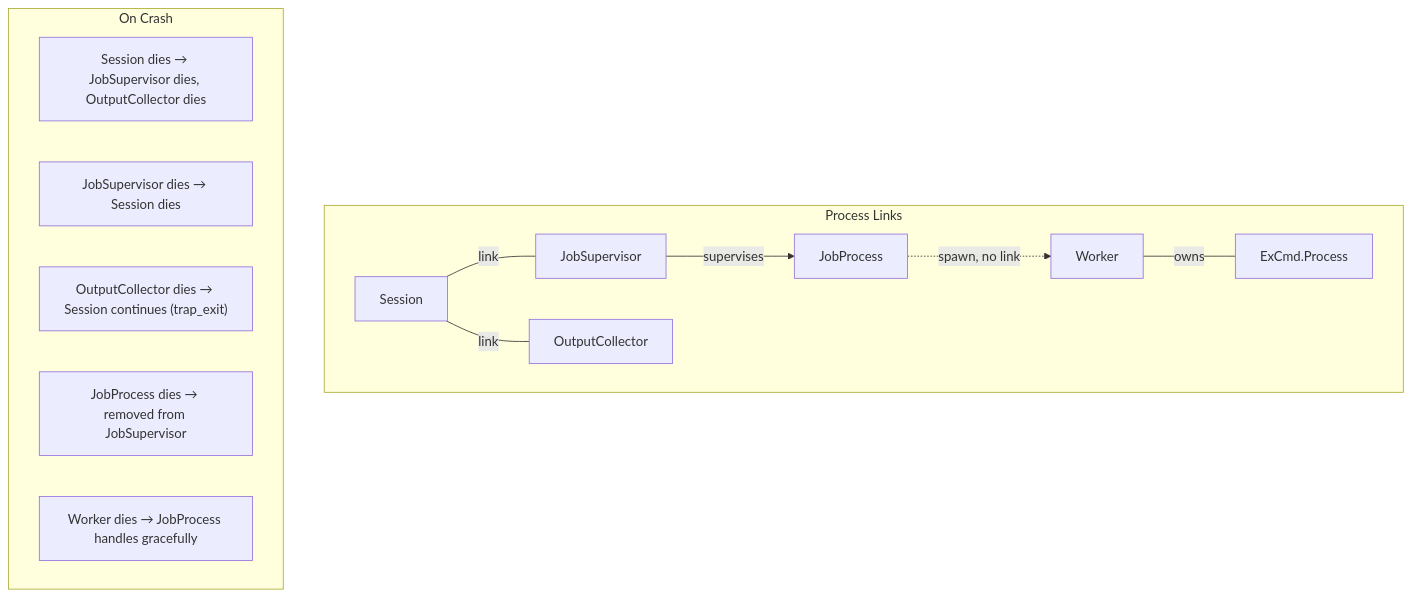
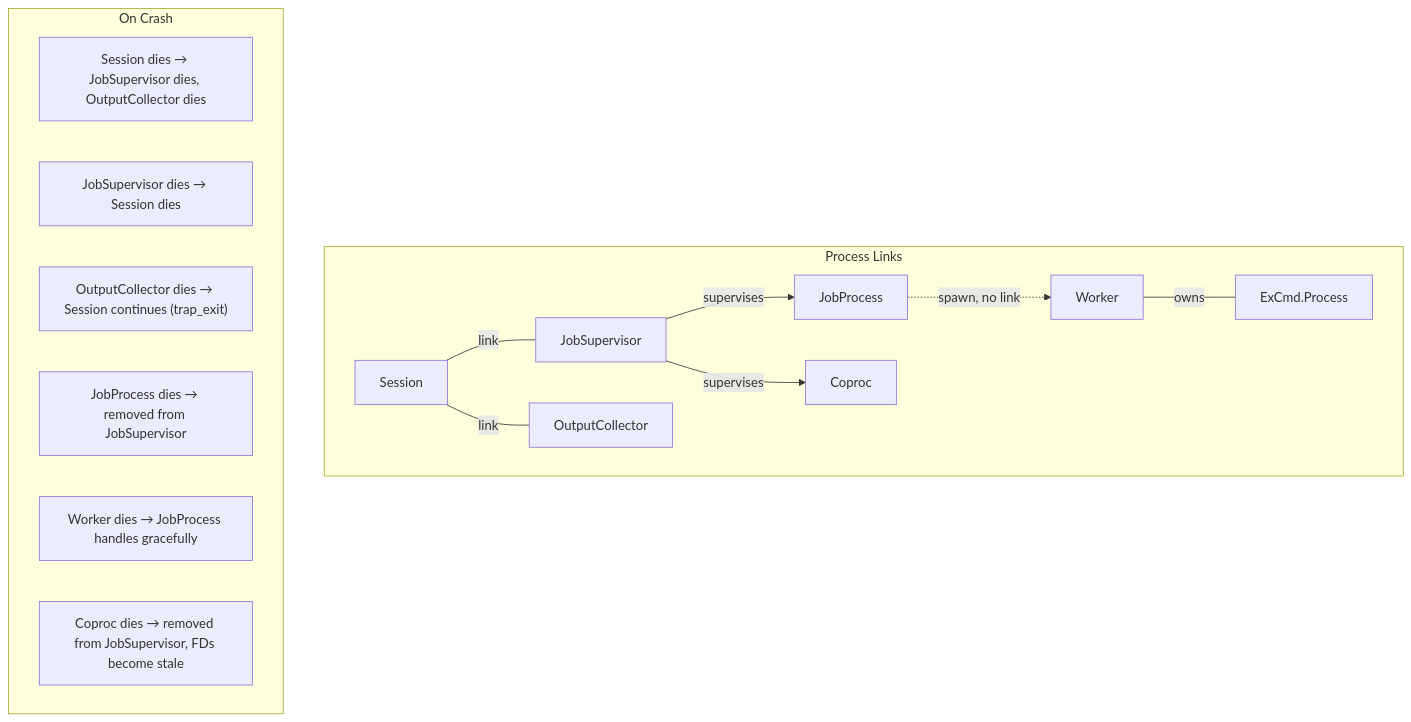
Before and after one commit to tv-labs/bash: diagram 12 of 12 in docs/ARCHITECTURE.md, drawn with Mermaid. The commit also changed other lines of this file and 18 other files, not shown here.

````diff
--- a/docs/ARCHITECTURE.md
+++ b/docs/ARCHITECTURE.md
@@ -344,25 +410,28 @@
 ```mermaid
 graph TB
     subgraph Links["Process Links"]
         S[Session]
         JS[JobSupervisor]
         OC[OutputCollector]
         JP[JobProcess]
+        CP[Coproc]
         W[Worker]
         EX[ExCmd.Process]
     end
 
     S ---|link| JS
     S ---|link| OC
     JS -->|supervises| JP
+    JS -->|supervises| CP
     JP -.->|spawn, no link| W
     W ---|owns| EX
 
     subgraph Behavior["On Crash"]
         B1["Session dies → JobSupervisor dies, OutputCollector dies"]
         B2["JobSupervisor dies → Session dies"]
         B3["OutputCollector dies → Session continues (trap_exit)"]
         B4["JobProcess dies → removed from JobSupervisor"]
         B5["Worker dies → JobProcess handles gracefully"]
+        B6["Coproc dies → removed from JobSupervisor, FDs become stale"]
     end
 ```
````
